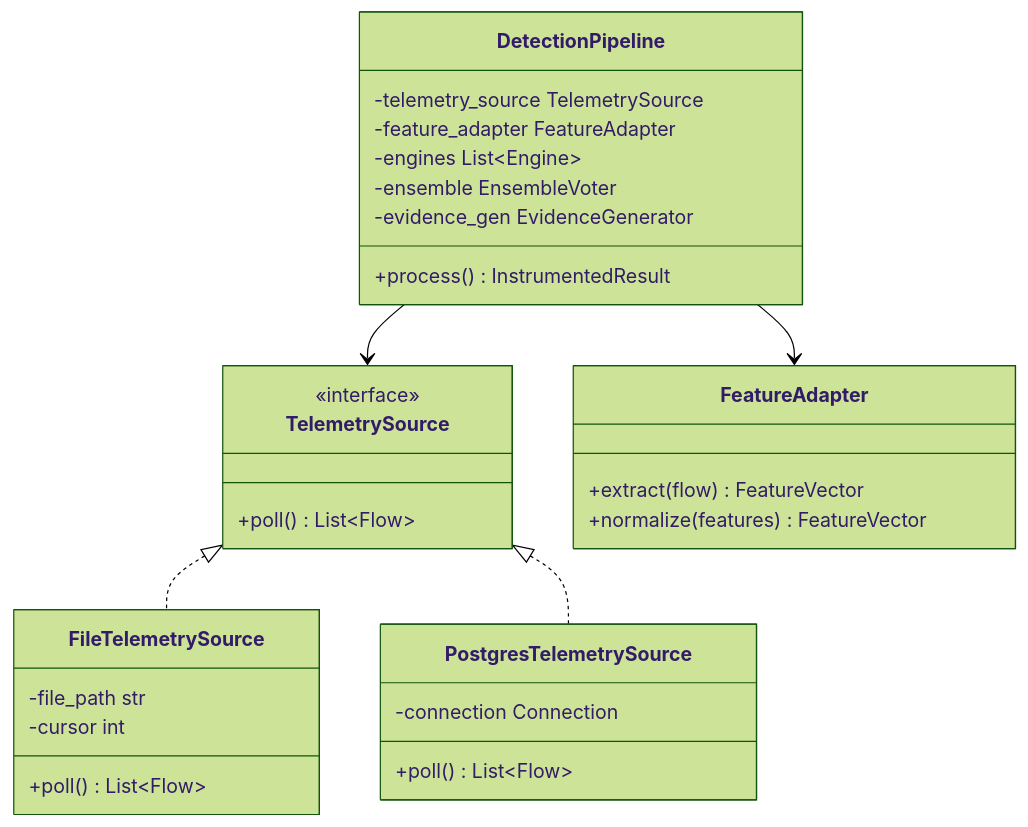
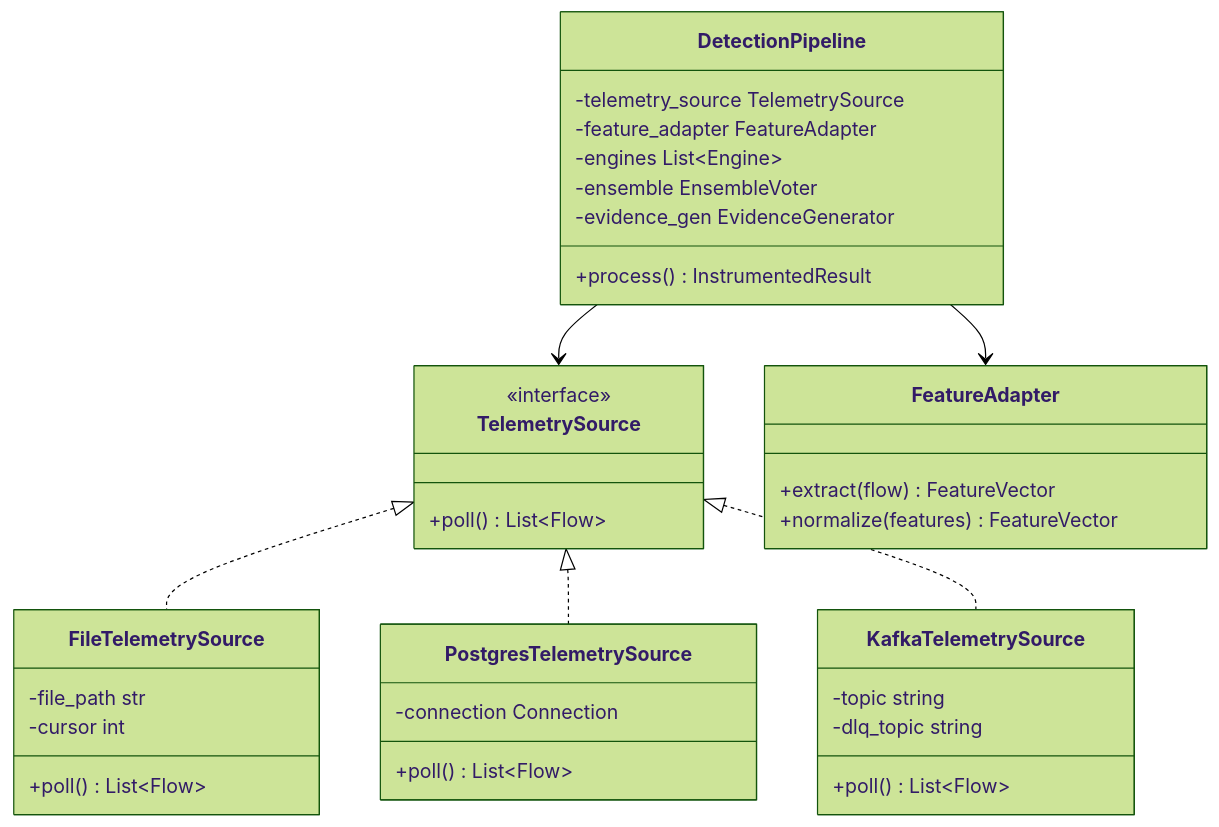
One commit to EveShark/CyberMesh changed the second of 9 diagrams in docs/design/LLD-ai-service.md. Above: the diagram before and after it, drawn with Mermaid (forest theme). The commit also changed other lines of this file and 49 other files, not shown here.

````diff
--- a/docs/design/LLD-ai-service.md
+++ b/docs/design/LLD-ai-service.md
@@ -68,37 +73,44 @@
 ```mermaid
 classDiagram
     class DetectionPipeline {
         -telemetry_source TelemetrySource
         -feature_adapter FeatureAdapter
         -engines List~Engine~
         -ensemble EnsembleVoter
         -evidence_gen EvidenceGenerator
         +process() InstrumentedResult
     }
     
     class TelemetrySource {
         <<interface>>
         +poll() List~Flow~
     }
     
     class FileTelemetrySource {
         -file_path str
         -cursor int
         +poll() List~Flow~
     }
     
     class PostgresTelemetrySource {
         -connection Connection
         +poll() List~Flow~
     }
     
+    class KafkaTelemetrySource {
+        -topic string
+        -dlq_topic string
+        +poll() List~Flow~
+    }
+    
     class FeatureAdapter {
         +extract(flow) FeatureVector
         +normalize(features) FeatureVector
     }
     
     TelemetrySource <|.. FileTelemetrySource
     TelemetrySource <|.. PostgresTelemetrySource
+    TelemetrySource <|.. KafkaTelemetrySource
     DetectionPipeline --> TelemetrySource
     DetectionPipeline --> FeatureAdapter
 ```
````
